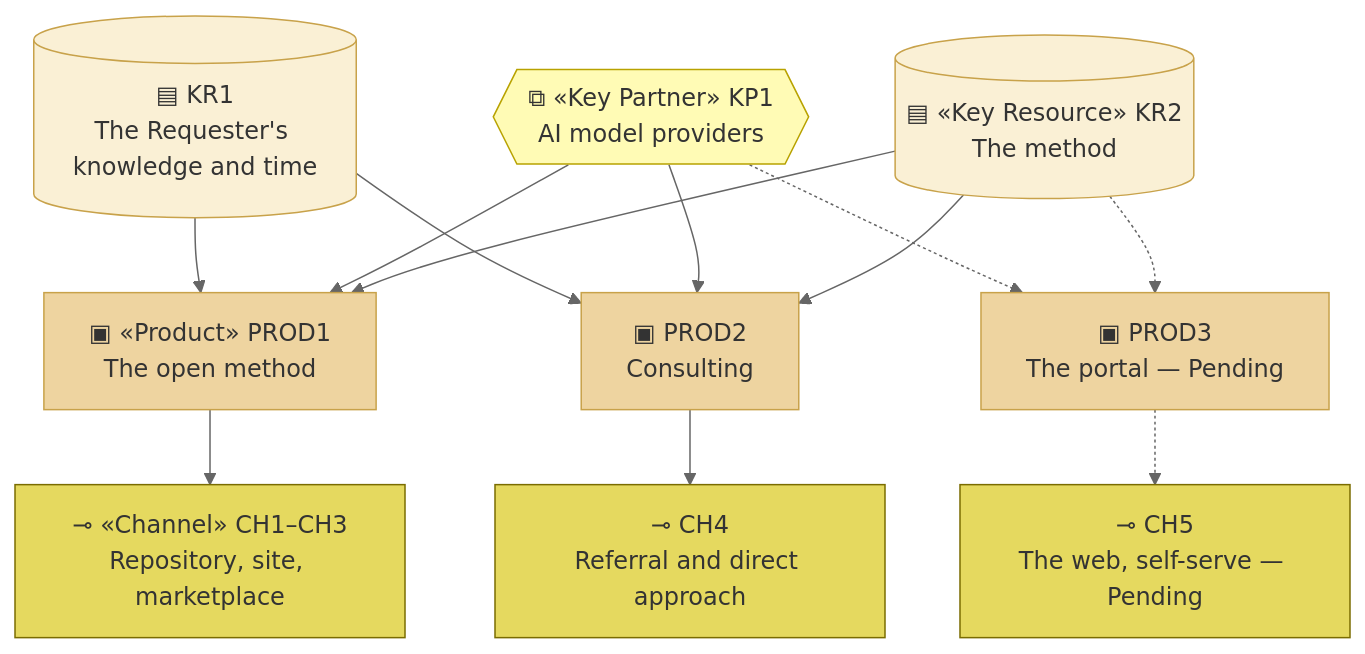
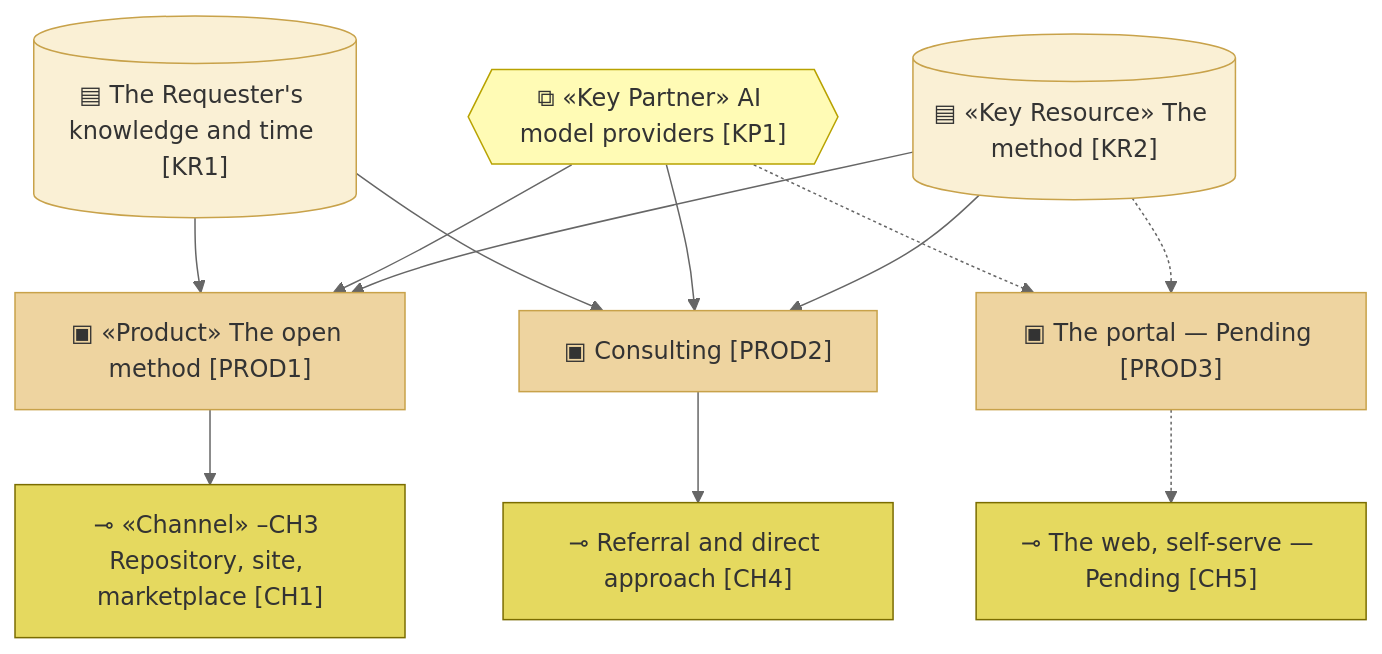
Before and after one commit to roanboc/architecture-archreator: the fourth of 4 diagrams in org-archreator/architecture/0_business-design/2_business-model-canvas.md, drawn with Mermaid (neutral theme). The commit also changed other lines of this file and 38 other files, not shown here.

````diff
--- a/org-archreator/architecture/0_business-design/2_business-model-canvas.md
+++ b/org-archreator/architecture/0_business-design/2_business-model-canvas.md
@@ -333,32 +333,32 @@
 ```mermaid
 flowchart TB
-  kr2[("▤ «Key Resource» KR2<br>The method")]:::resource
-  kp1{{"⧉ «Key Partner» KP1<br>AI model providers"}}:::partner
-  kr1[("▤ KR1<br>The Requester's knowledge and time")]:::resource
+  kr2[("▤ «Key Resource» The method [KR2]")]:::resource
+  kp1{{"⧉ «Key Partner» AI model providers [KP1]"}}:::partner
+  kr1[("▤ The Requester's knowledge and time [KR1]")]:::resource
 
-  prod1["▣ «Product» PROD1<br>The open method"]:::product
-  prod2["▣ PROD2<br>Consulting"]:::product
-  prod3["▣ PROD3<br>The portal — Pending"]:::product
+  prod1["▣ «Product» The open method [PROD1]"]:::product
+  prod2["▣ Consulting [PROD2]"]:::product
+  prod3["▣ The portal — Pending [PROD3]"]:::product
 
-  ch1["⊸ «Channel» CH1–CH3<br>Repository, site, marketplace"]:::channel
-  ch4["⊸ CH4<br>Referral and direct approach"]:::channel
-  ch5["⊸ CH5<br>The web, self-serve — Pending"]:::channel
+  ch1["⊸ «Channel» –CH3 Repository, site, marketplace [CH1]"]:::channel
+  ch4["⊸ Referral and direct approach [CH4]"]:::channel
+  ch5["⊸ The web, self-serve — Pending [CH5]"]:::channel
 
   kr2 --> prod1
   kr2 --> prod2
   kr2 -.-> prod3
   kp1 --> prod1
   kp1 --> prod2
   kp1 -.-> prod3
   kr1 --> prod1
   kr1 --> prod2
 
   prod1 --> ch1
   prod2 --> ch4
   prod3 -.-> ch5
 
   classDef resource fill:#faf0d5,stroke:#c8a24a,color:#333
   classDef partner fill:#fffbb5,stroke:#b8a200,color:#333
   classDef product fill:#eed4a0,stroke:#c8a24a,color:#333
   classDef channel fill:#e5d95f,stroke:#7a6c00,color:#333
 ```
````
